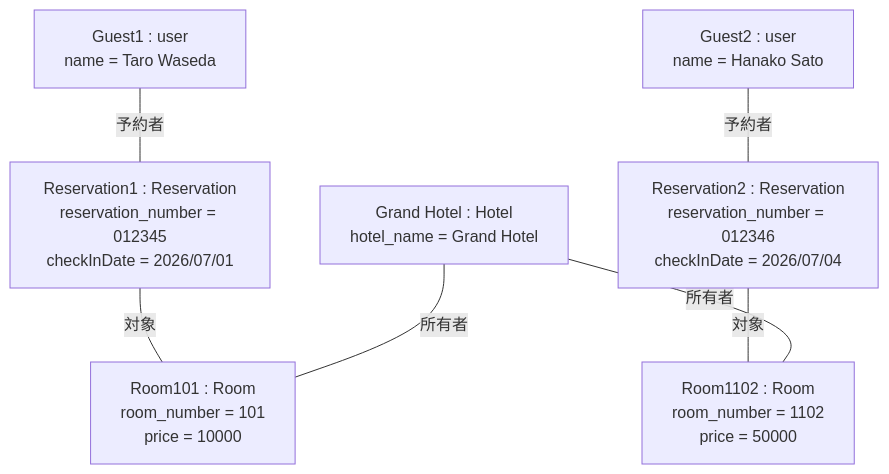
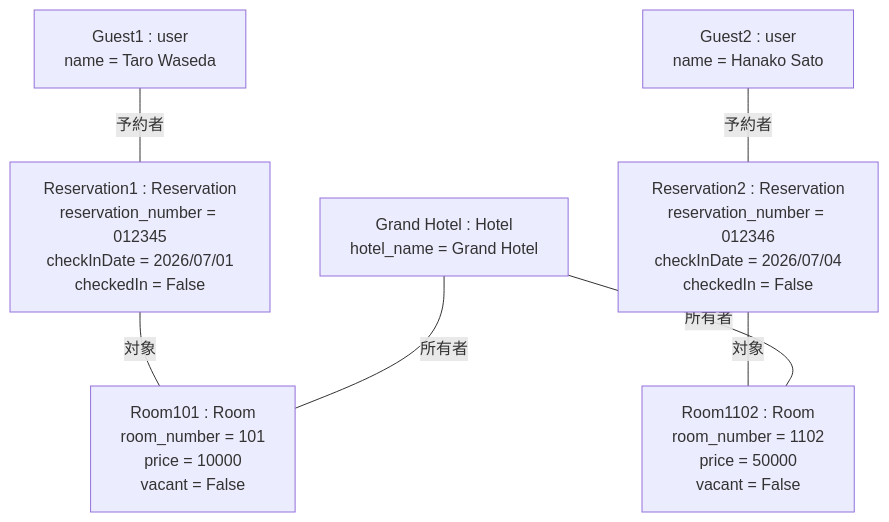
One commit to Kohki-tyl/HRS changed the second of 2 diagrams in Domain_Analysis.md. Above: the diagram before and after it, drawn with Mermaid. The commit also changed other lines of this file, not shown here.

````diff
--- a/Domain_Analysis.md
+++ b/Domain_Analysis.md
@@ -71,17 +76,17 @@
 ```mermaid
 flowchart TB
     H["Grand Hotel : Hotel<br/>hotel_name = Grand Hotel"]
     G1["Guest1 : user<br/>name = Taro Waseda"]
     G2["Guest2 : user<br/>name = Hanako Sato"]
-    RV1["Reservation1 : Reservation<br/>reservation_number = 012345<br/>checkInDate = 2026/07/01"]
-    RV2["Reservation2 : Reservation<br/>reservation_number = 012346<br/>checkInDate = 2026/07/04"]
-    R1["Room101 : Room<br/>room_number = 101<br/>price = 10000"]
-    R2["Room1102 : Room<br/>room_number = 1102<br/>price = 50000"]
+    RV1["Reservation1 : Reservation<br/>reservation_number = 012345<br/>checkInDate = 2026/07/01<br/>checkedIn = False" ]
+    RV2["Reservation2 : Reservation<br/>reservation_number = 012346<br/>checkInDate = 2026/07/04<br/>checkedIn = False"]
+    R1["Room101 : Room<br/>room_number = 101<br/>price = 10000<br/>vacant = False"]
+    R2["Room1102 : Room<br/>room_number = 1102<br/>price = 50000<br/>vacant = False"]
 
     G1 ---|予約者| RV1
     G2 ---|予約者| RV2
     RV1 ---|対象| R1
     RV2 ---|対象| R2
     H ---|所有者| R1
     H ---|所有者| R2
 ```
````
